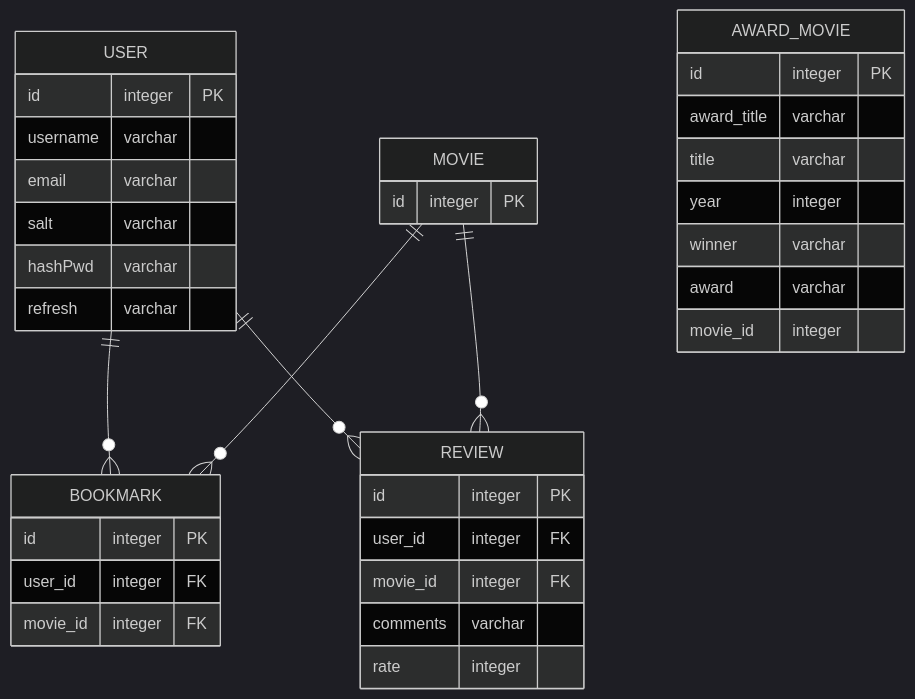
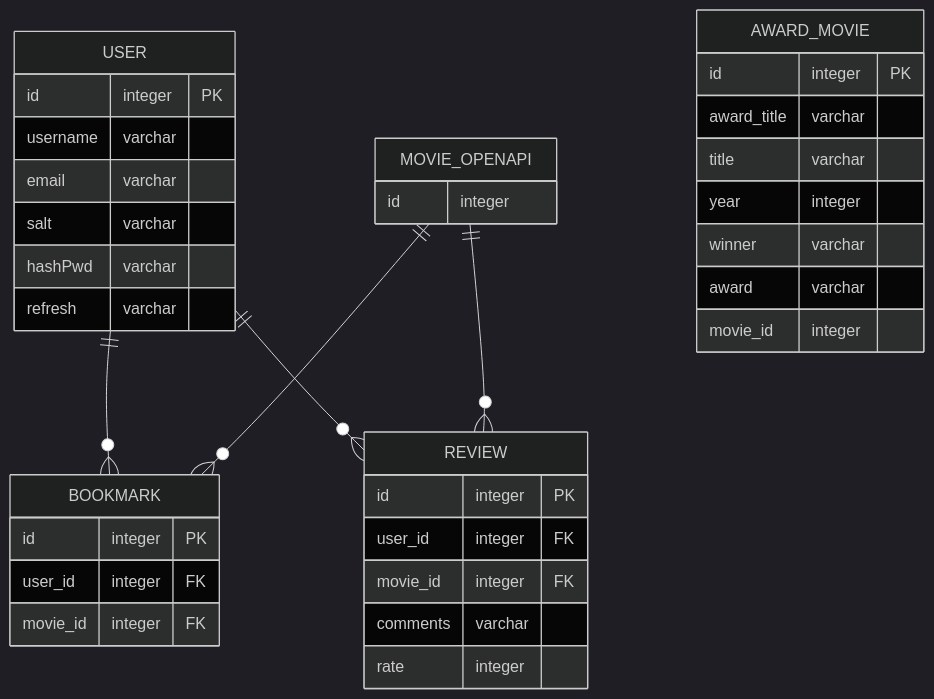
Before and after one commit to estiemoon/BestMovies: the diagram in README.md, drawn with Mermaid (dark theme). The commit also changed other lines of this file, not shown here.

Commit message:
API README 수정

````diff
--- a/README.md
+++ b/README.md
@@ -11,48 +11,47 @@
 ```mermaid
 erDiagram
 
-    USER ||--o{ BOOKMARK : ""
-    USER ||--o{ REVIEW : ""
-    MOVIE ||--o{ BOOKMARK : ""
-    MOVIE ||--o{ REVIEW : ""
+USER ||--o{ BOOKMARK : ""
+USER ||--o{ REVIEW : ""
+MOVIE_OPENAPI ||--o{ BOOKMARK : ""
+MOVIE_OPENAPI ||--o{ REVIEW : ""
 
-    USER {
-        id integer PK
-        username varchar
-        email varchar
-        salt varchar
-        hashPwd varchar
-        refresh varchar
-    }
+USER {
+    id integer PK
+    username varchar
+    email varchar
+    salt varchar
+    hashPwd varchar
+    refresh varchar
+}
 
-    AWARD_MOVIE {
-        id integer PK
-        award_title varchar
-        title varchar
-        year integer
-        winner varchar
-        award varchar
-        movie_id integer
-    }
+AWARD_MOVIE {
+    id integer PK
+    award_title varchar
+    title varchar
+    year integer
+    winner varchar
+    award varchar
+    movie_id integer
+}
 
-    MOVIE {
-        id integer PK
-    }
+MOVIE_OPENAPI {
+    id integer 
+}
 
-    BOOKMARK {
-        id integer PK
-        user_id integer FK
-        movie_id integer FK
-    }
+BOOKMARK {
+    id integer PK
+    user_id integer FK
+    movie_id integer FK
+}
 
-    REVIEW {
-        id integer PK
-        user_id integer FK
-        movie_id integer FK
-        comments varchar
-        rate integer
-    }
-
+REVIEW {
+    id integer PK
+    user_id integer FK
+    movie_id integer FK
+    comments varchar
+    rate integer
+}
 
 
 ```
````
